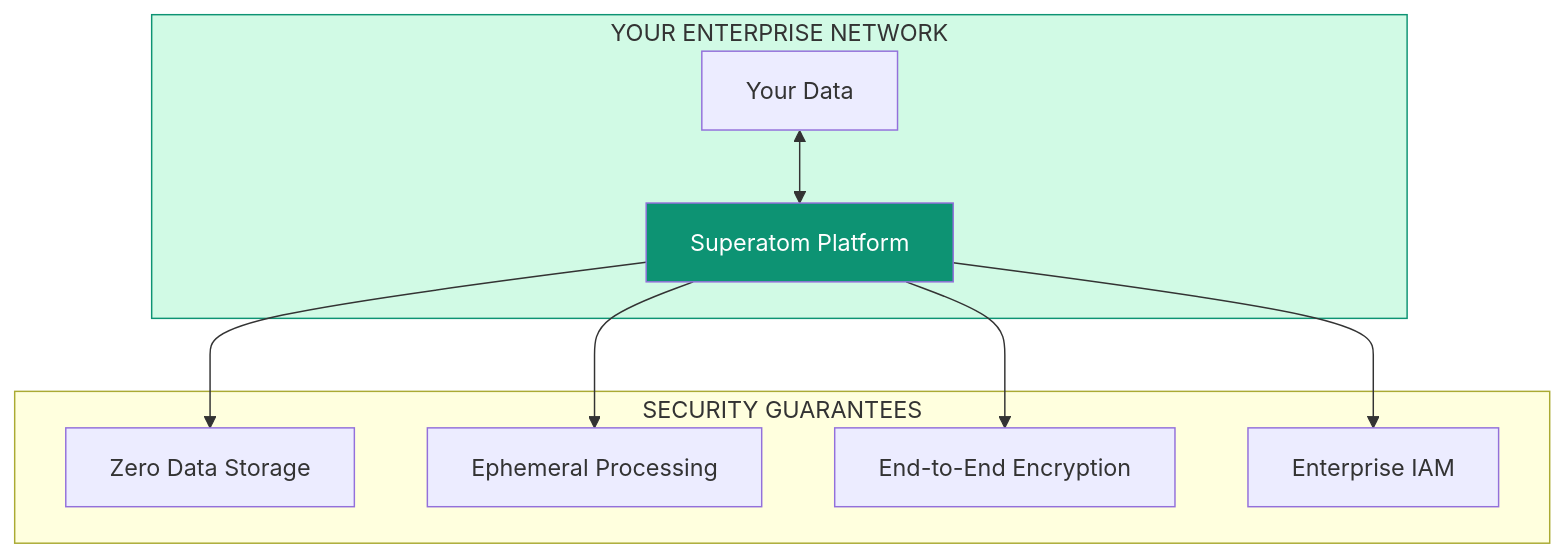
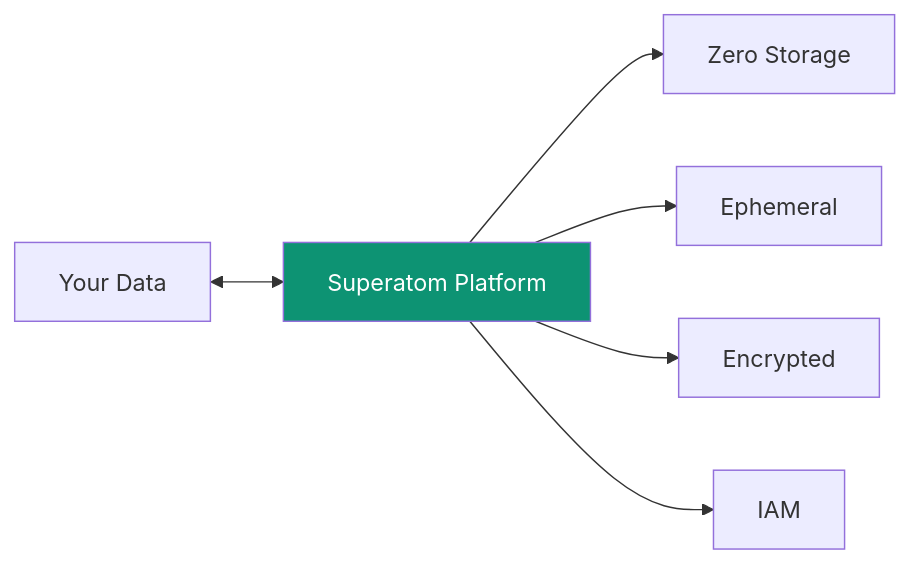
One commit to ashishsuperatom/tech-docs changed the first of 2 diagrams in security/overview.mdx. Above: the diagram before and after it, drawn with Mermaid. The commit also changed other lines of this file and 13 other files, not shown here.

First line of the commit message:
Add Superatom AI logo and fix Mermaid diagram rendering

````diff
--- a/security/overview.mdx
+++ b/security/overview.mdx
@@ -38,23 +38,7 @@
 ```mermaid
-flowchart TB
-    subgraph ENTERPRISE["YOUR ENTERPRISE NETWORK"]
-        DATA["Your Data"]
-        SA["Superatom Platform"]
-        DATA <--> SA
-    end
+flowchart LR
+    DATA["Your Data"] <--> SA["Superatom Platform"]
+    SA --> G1["Zero Storage"] & G2["Ephemeral"] & G3["Encrypted"] & G4["IAM"]
 
-    subgraph GUARANTEES["SECURITY GUARANTEES"]
-        G1["Zero Data Storage"]
-        G2["Ephemeral Processing"]
-        G3["End-to-End Encryption"]
-        G4["Enterprise IAM"]
-    end
-
-    SA --> G1
-    SA --> G2
-    SA --> G3
-    SA --> G4
-
-    style ENTERPRISE fill:#d1fae5,stroke:#0D9373
     style SA fill:#0D9373,color:#fff
 ```
````
